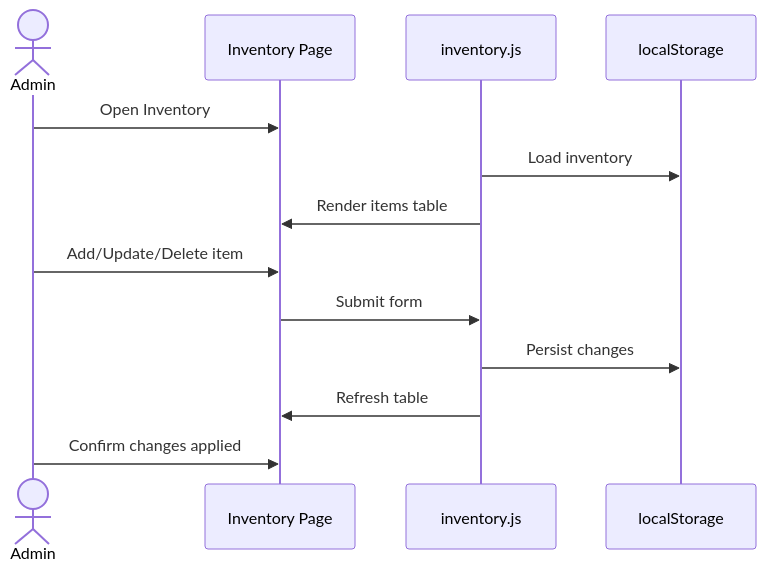
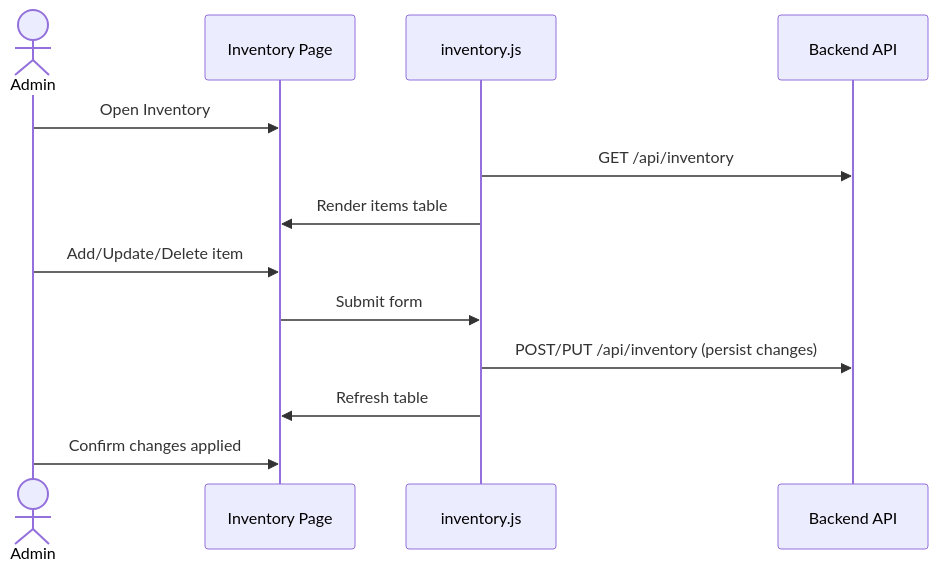
One commit to Alrayyanumar56/Cafeteria-Mangement-System changed the fifth of 6 diagrams in docs/ARCHITECTURE.md. Above: the diagram before and after it, drawn with Mermaid. The commit also changed other lines of this file and 1 other file, not shown here.

````diff
--- a/docs/ARCHITECTURE.md
+++ b/docs/ARCHITECTURE.md
@@ -177,16 +170,16 @@
 ```mermaid
 sequenceDiagram
     actor Admin
     participant Inventory as Inventory Page
     participant InventoryJS as inventory.js
-    participant LocalStorage as localStorage
+    participant Backend as Backend API
     
     Admin->>Inventory: Open Inventory
-    InventoryJS->>LocalStorage: Load inventory
+    InventoryJS->>Backend: GET /api/inventory
     InventoryJS->>Inventory: Render items table
     Admin->>Inventory: Add/Update/Delete item
     Inventory->>InventoryJS: Submit form
-    InventoryJS->>LocalStorage: Persist changes
+    InventoryJS->>Backend: POST/PUT /api/inventory (persist changes)
     InventoryJS->>Inventory: Refresh table
     Admin->>Inventory: Confirm changes applied
 ```
````
